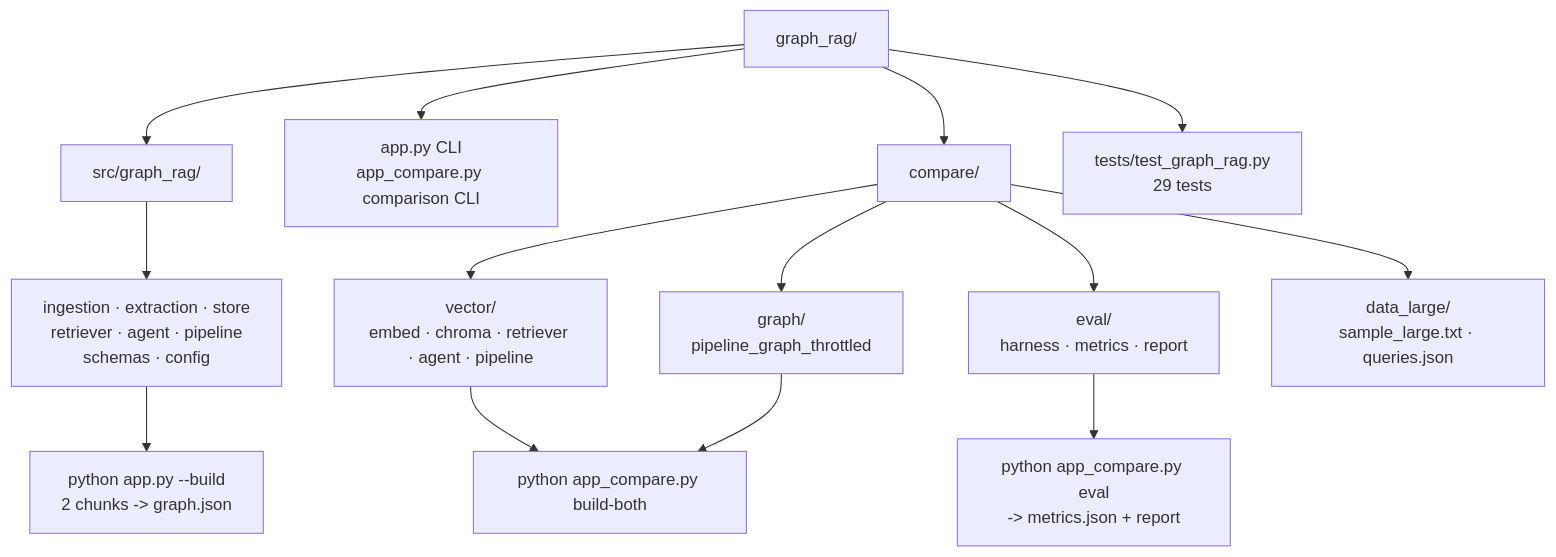
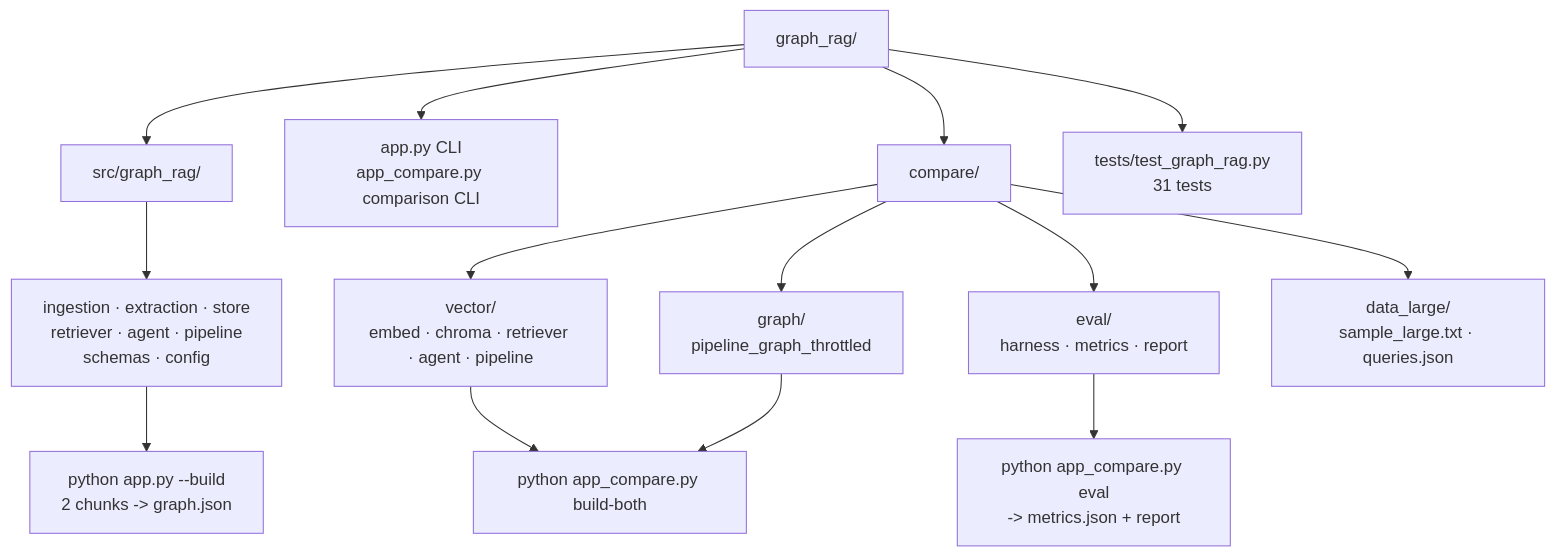
One commit to manishwvn/graph_rag changed the sixth of 7 diagrams in README.md. Above: the diagram before and after it, drawn with Mermaid. The commit also changed other lines of this file and 11 other files, not shown here.

````diff
--- a/README.md
+++ b/README.md
@@ -133,16 +133,16 @@
 ```mermaid
 graph TD
   ROOT["graph_rag/"] --> SRC["src/graph_rag/"]
   ROOT --> APPS["app.py CLI<br/>app_compare.py comparison CLI"]
   ROOT --> CMP["compare/"]
-  ROOT --> TST["tests/test_graph_rag.py<br/>29 tests"]
+  ROOT --> TST["tests/test_graph_rag.py<br/>31 tests"]
   SRC --> CORE["ingestion · extraction · store<br/>retriever · agent · pipeline<br/>schemas · config"]
   CMP --> CV["vector/<br/>embed · chroma · retriever · agent · pipeline"]
   CMP --> CG["graph/<br/>pipeline_graph_throttled"]
   CMP --> CE["eval/<br/>harness · metrics · report"]
   CMP --> CD["data_large/<br/>sample_large.txt · queries.json"]
   CORE --> B1["python app.py --build<br/>2 chunks -> graph.json"]
   CV --> B2["python app_compare.py build-both"]
   CG --> B2
   CE --> B3["python app_compare.py eval<br/>-> metrics.json + report"]
 ```
````
